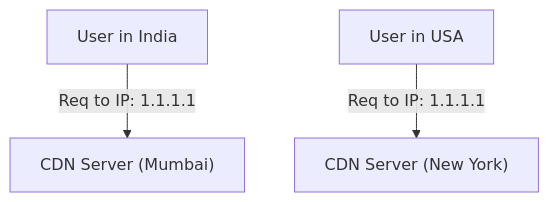
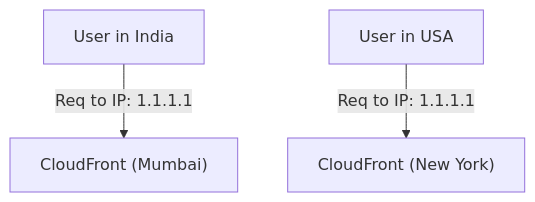
The fourth of 7 diagrams in LEARNING_LOG.md (Vedant-Kaushik/WhatsApp_Chatbot), drawn with Mermaid before and after one commit. The commit also changed other lines of this file, not shown here.

Commit message:
docs: add day 4 kafka notes and update diagrams with aws services

````diff
--- a/LEARNING_LOG.md
+++ b/LEARNING_LOG.md
@@ -81,5 +81,5 @@
 ```mermaid
 graph TD
-    User["User in India"] -->|Req to IP: 1.1.1.1| EdgeIN["CDN Server (Mumbai)"]
-    User2["User in USA"] -->|Req to IP: 1.1.1.1| EdgeUS["CDN Server (New York)"]
+    User["User in India"] -->|Req to IP: 1.1.1.1| EdgeIN["CloudFront (Mumbai)"]
+    User2["User in USA"] -->|Req to IP: 1.1.1.1| EdgeUS["CloudFront (New York)"]
 ```
````
